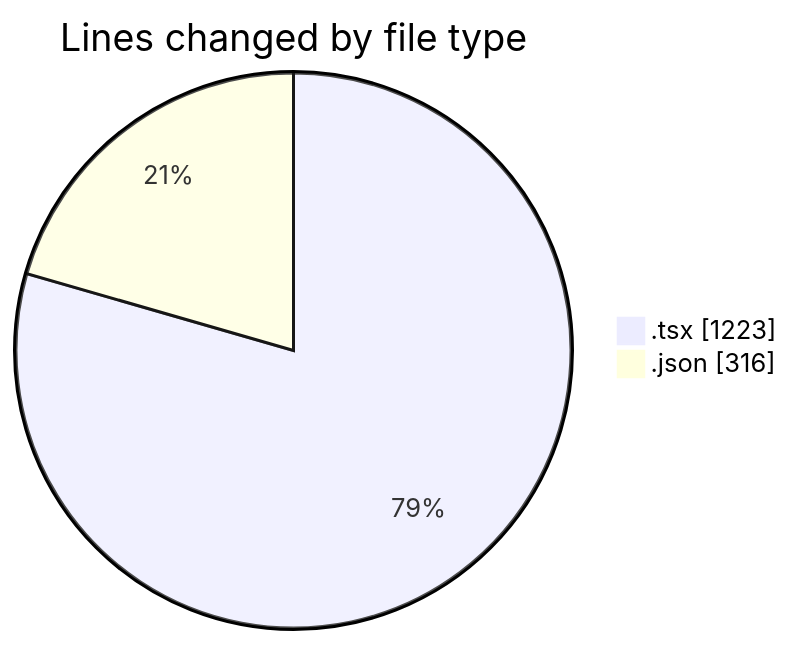
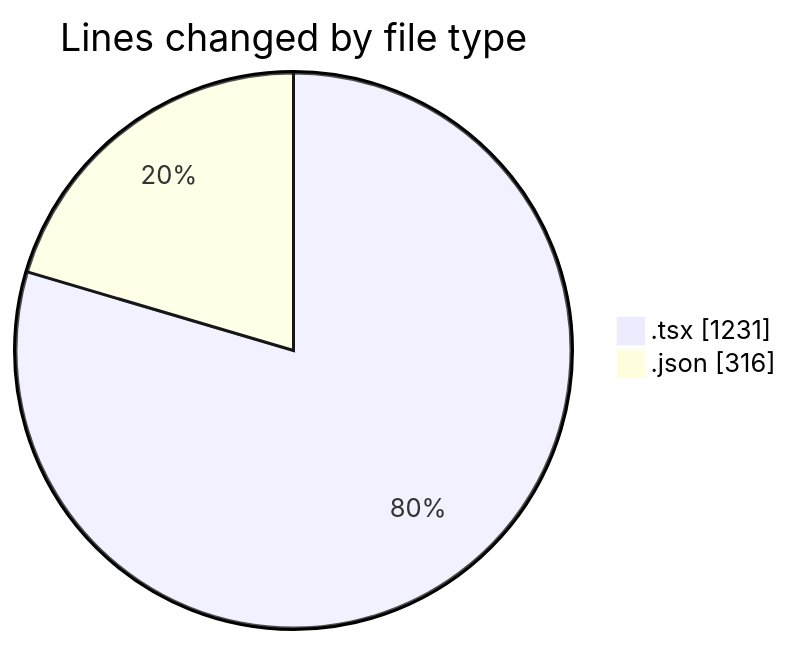
Before and after one commit to EIIisD/code-tracking: the first of 2 diagrams in 2025-08-13/ribbon/README.md, drawn with Mermaid. The commit also changed other lines of this file and 1 other file, not shown here.

````diff
--- a/2025-08-13/ribbon/README.md
+++ b/2025-08-13/ribbon/README.md
@@ -26,6 +26,6 @@
 ```mermaid
 pie showData
 title Lines changed by file type
-".tsx" : 1223
+".tsx" : 1231
 ".json" : 316
 ```
````
